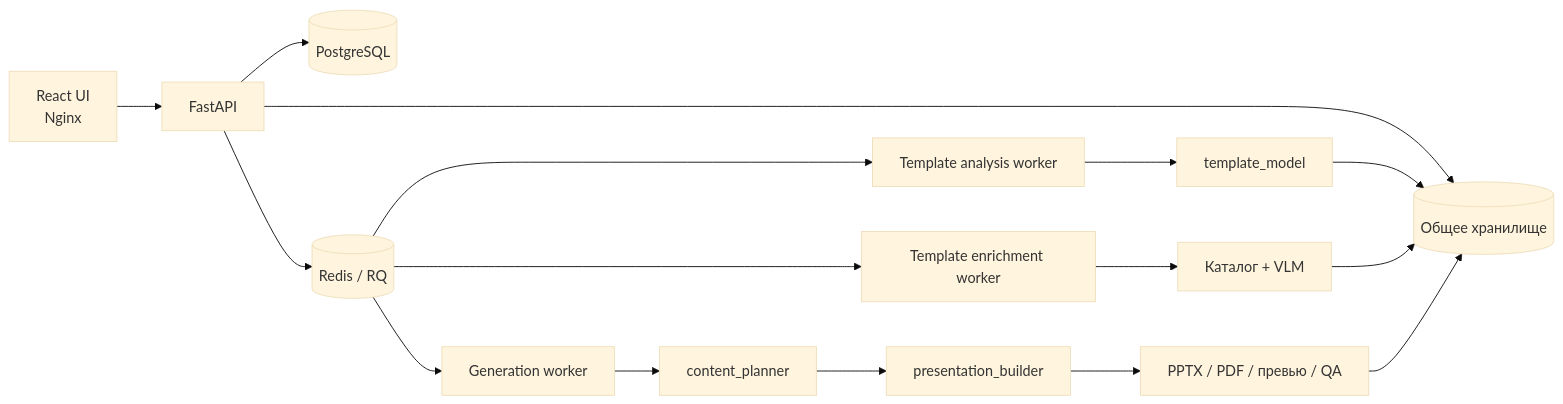
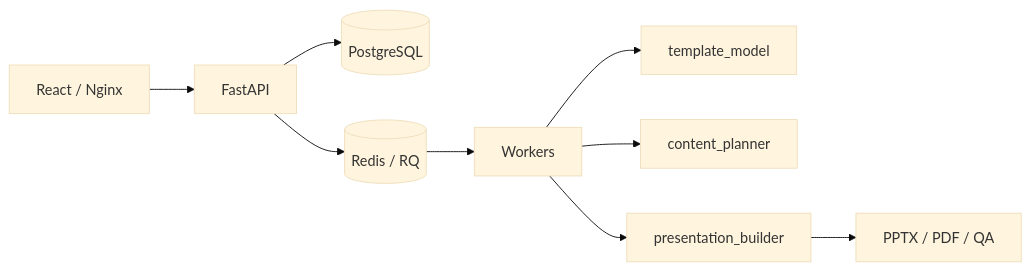
Before and after one commit to 1azar/PresD: the diagram in README.md, drawn with Mermaid (base theme). The commit also changed other lines of this file and 8 other files, not shown here.

````diff
--- a/README.md
+++ b/README.md
@@ -93,21 +48,11 @@
 ```mermaid
 flowchart LR
-    UI[React UI<br/>Nginx] --> API[FastAPI]
+    UI[React / Nginx] --> API[FastAPI]
     API --> DB[(PostgreSQL)]
     API --> Queue[(Redis / RQ)]
-    API --> Storage[(Общее хранилище)]
-
-    Queue --> Analysis[Template analysis worker]
-    Queue --> Enrichment[Template enrichment worker]
-    Queue --> Generation[Generation worker]
-
-    Analysis --> TemplateModel[template_model]
-    Enrichment --> Catalog[Каталог + VLM]
-    Generation --> Planner[content_planner]
-    Planner --> Builder[presentation_builder]
-    Builder --> Result[PPTX / PDF / превью / QA]
-
-    TemplateModel --> Storage
-    Catalog --> Storage
-    Result --> Storage
+    Queue --> Workers[Workers]
+    Workers --> Analyze[template_model]
+    Workers --> Plan[content_planner]
+    Workers --> Build[presentation_builder]
+    Build --> Result[PPTX / PDF / QA]
 ```
````
